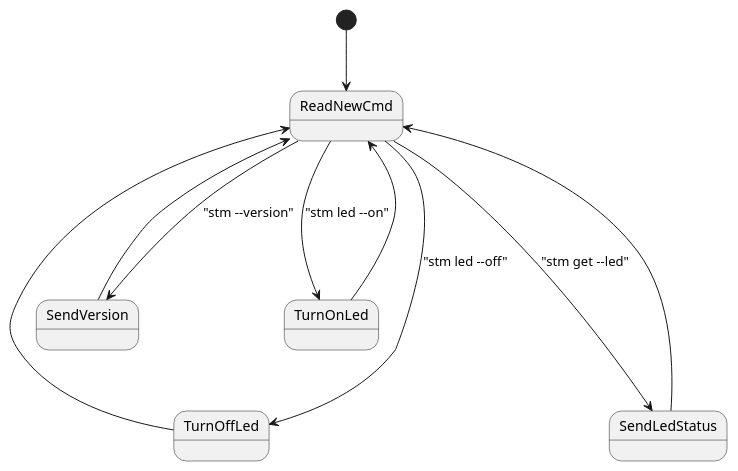
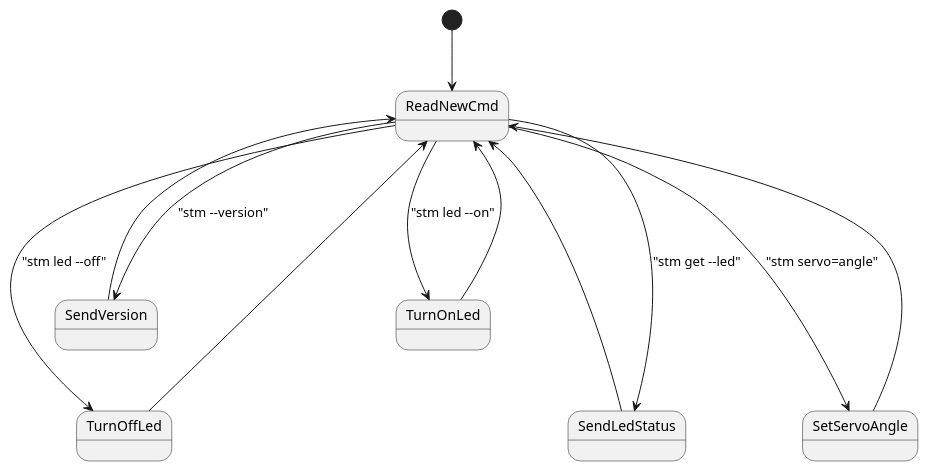
One commit to rkalyan95/stm32_ll_drivers changed the diagram in os/src/UartCmd_Fsm.wsd. Above: the diagram before and after it, drawn with PlantUML. The commit also changed 12 other files, not shown here.

```diff
--- a/os/src/UartCmd_Fsm.wsd
+++ b/os/src/UartCmd_Fsm.wsd
@@ -1,14 +1,15 @@
 @startuml
 
 [*] --> ReadNewCmd
 
 ReadNewCmd  ---> SendVersion : "stm --version"
 SendVersion ---> ReadNewCmd
 ReadNewCmd  ---> TurnOnLed : "stm led --on"
 TurnOnLed ---> ReadNewCmd
 ReadNewCmd ----> TurnOffLed : "stm led --off"
 TurnOffLed ---> ReadNewCmd
 ReadNewCmd ---> SendLedStatus : "stm get --led"
 SendLedStatus ----> ReadNewCmd
-
+ReadNewCmd ---> SetServoAngle : "stm servo=angle"
+SetServoAngle ----> ReadNewCmd
 @enduml
```
